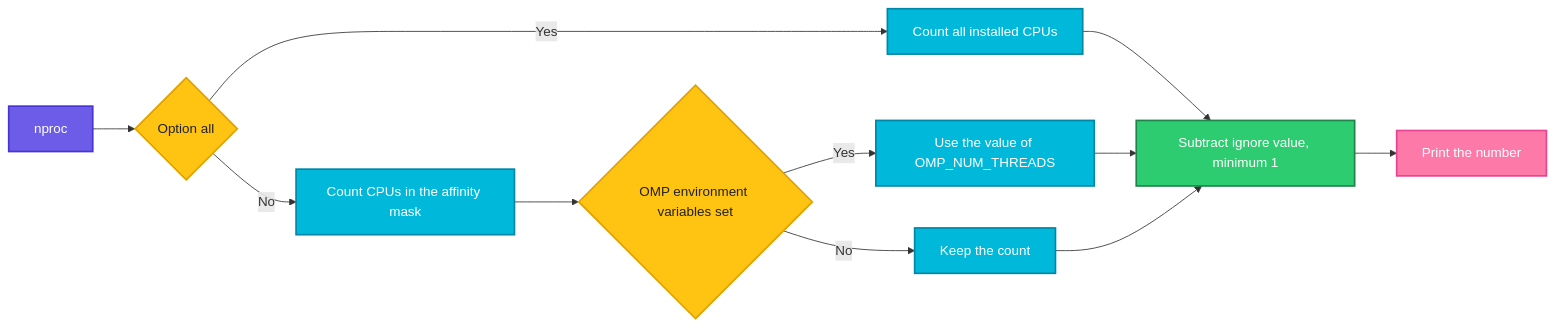
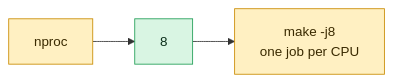
One commit to codeKerdosTech/DevOps-Documentation changed the diagram in linux/system-info/nproc.md. Above: the diagram before and after it, drawn with Mermaid. The commit also changed other lines of this file and 165 other files, not shown here.

Commit message:
updated diagrams in linux

````diff
--- a/linux/system-info/nproc.md
+++ b/linux/system-info/nproc.md
@@ -24,25 +24,11 @@
 ```mermaid
 flowchart LR
-    A[nproc] --> B{Option all}
-    B -->|Yes| C[Count all installed CPUs]
-    B -->|No| D[Count CPUs in the affinity mask]
-    D --> E{OMP environment variables set}
-    E -->|Yes| F[Use the value of OMP_NUM_THREADS]
-    E -->|No| G[Keep the count]
-    C --> H[Subtract ignore value, minimum 1]
-    F --> H
-    G --> H
-    H --> I[Print the number]
-    classDef start fill:#6C5CE7,stroke:#4834D4,stroke-width:2px,color:#fff
-    classDef proc fill:#00B8D9,stroke:#0087A8,stroke-width:2px,color:#fff
-    classDef dec fill:#FFC312,stroke:#E1A100,stroke-width:2px,color:#222
-    classDef ok fill:#2ECC71,stroke:#1E8449,stroke-width:2px,color:#fff
-    classDef err fill:#FF4757,stroke:#C0392B,stroke-width:2px,color:#fff
-    classDef out fill:#FD79A8,stroke:#E84393,stroke-width:2px,color:#fff
-    classDef alt fill:#FF9F43,stroke:#E67E22,stroke-width:2px,color:#fff
-    class A start
-    class B,E dec
-    class C,D,F,G proc
-    class H ok
-    class I out
+    c1[nproc] --> o1[8] --> c2[make -j8<br/>one job per CPU]
+    classDef inp fill:#DCEBFF,stroke:#2F6FDE,color:#10213F
+    classDef cmd fill:#FFF0C2,stroke:#C98A00,color:#3A2A00
+    classDef out fill:#D9F5E3,stroke:#1F9D55,color:#0B2E1A
+    classDef bad fill:#FDE0E0,stroke:#D13B3B,color:#4A0F0F
+    classDef note fill:#ECEFF3,stroke:#7B8794,color:#1F2933
+    class c1,c2 cmd
+    class o1 out
 ```
````
